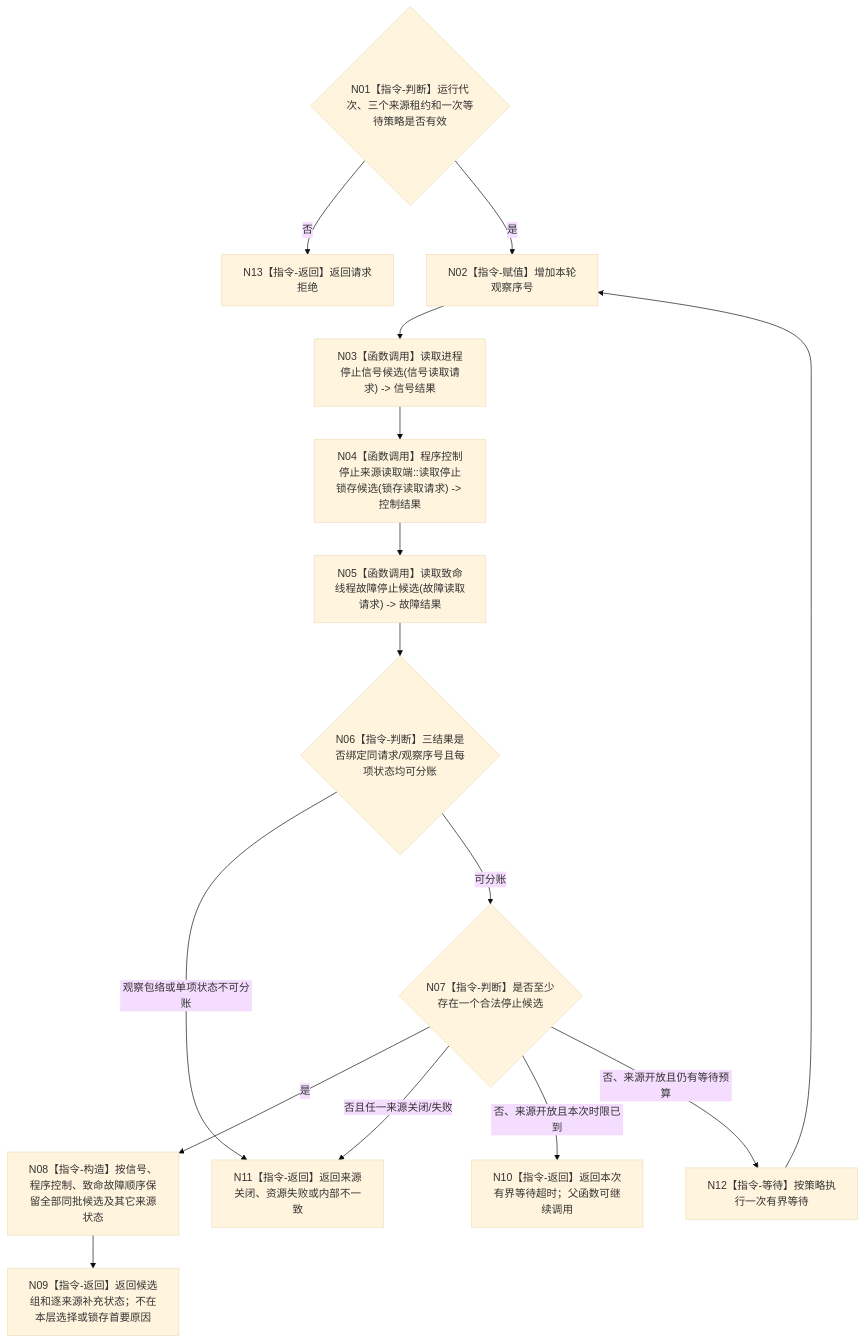
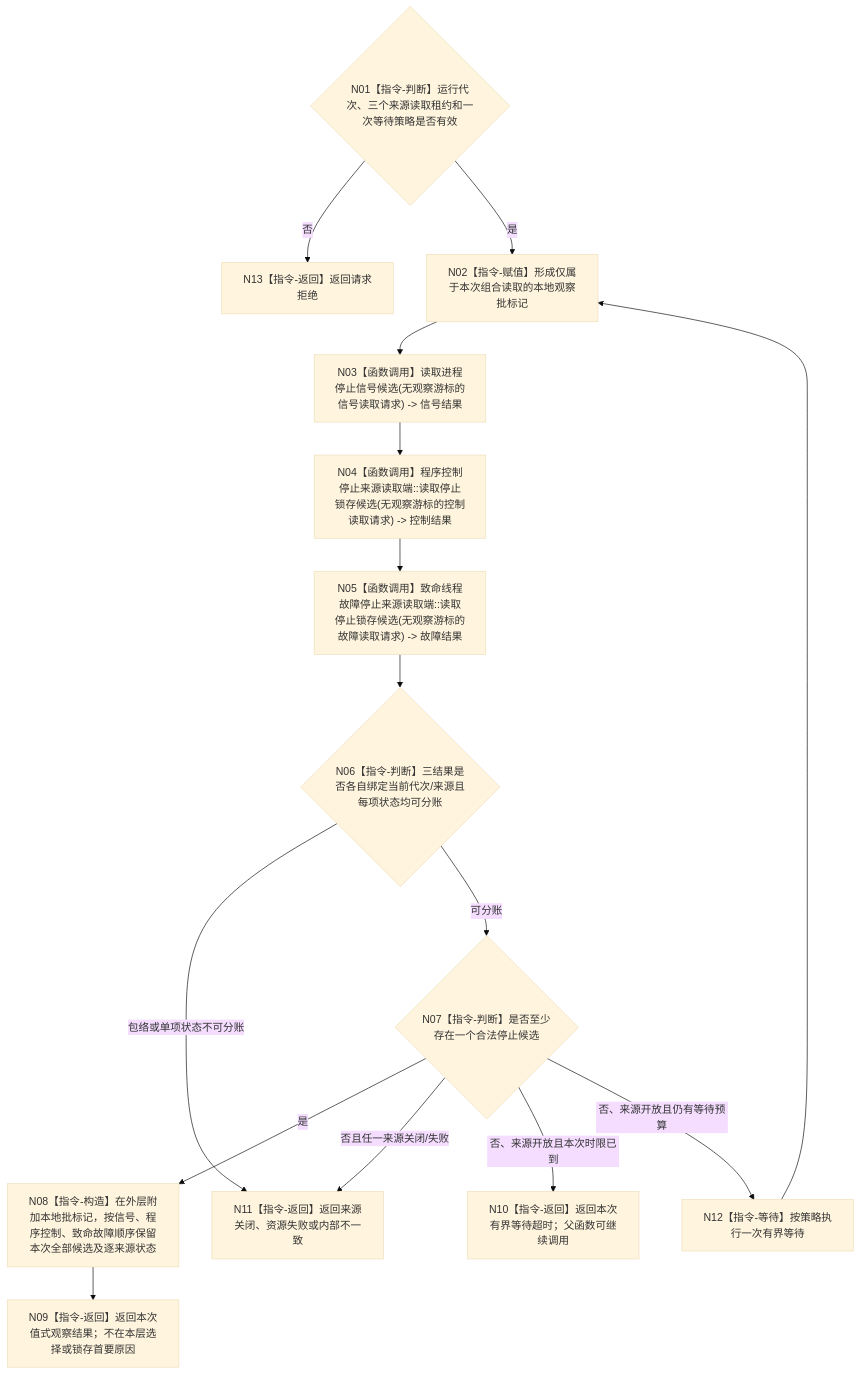
The diagram in 流程图/目标业务流程图/L3/BIZ-L3-001-10-01_等待任一停止来源_目标函数流程图_v0.1.md (chunhaizh-cyber/HY-Ego), drawn with Mermaid (base theme) before and after one commit. The commit also changed other lines of this file and 14 other files, not shown here.

````diff
--- a/流程图/目标业务流程图/L3/BIZ-L3-001-10-01_等待任一停止来源_目标函数流程图_v0.1.md
+++ b/流程图/目标业务流程图/L3/BIZ-L3-001-10-01_等待任一停止来源_目标函数流程图_v0.1.md
@@ -30,25 +32,25 @@
 ```mermaid
 flowchart TD
-    N01{"N01【指令-判断】运行代次、三个来源租约和一次等待策略是否有效"}
-    N02["N02【指令-赋值】增加本轮观察序号"]
-    N03["N03【函数调用】读取进程停止信号候选(信号读取请求) -> 信号结果"]
-    N04["N04【函数调用】程序控制停止来源读取端::读取停止锁存候选(锁存读取请求) -> 控制结果"]
-    N05["N05【函数调用】读取致命线程故障停止候选(故障读取请求) -> 故障结果"]
-    N06{"N06【指令-判断】三结果是否绑定同请求/观察序号且每项状态均可分账"}
+    N01{"N01【指令-判断】运行代次、三个来源读取租约和一次等待策略是否有效"}
+    N02["N02【指令-赋值】形成仅属于本次组合读取的本地观察批标记"]
+    N03["N03【函数调用】读取进程停止信号候选(无观察游标的信号读取请求) -> 信号结果"]
+    N04["N04【函数调用】程序控制停止来源读取端::读取停止锁存候选(无观察游标的控制读取请求) -> 控制结果"]
+    N05["N05【函数调用】致命线程故障停止来源读取端::读取停止锁存候选(无观察游标的故障读取请求) -> 故障结果"]
+    N06{"N06【指令-判断】三结果是否各自绑定当前代次/来源且每项状态均可分账"}
     N07{"N07【指令-判断】是否至少存在一个合法停止候选"}
-    N08["N08【指令-构造】按信号、程序控制、致命故障顺序保留全部同批候选及其它来源状态"]
-    N09["N09【指令-返回】返回候选组和逐来源补充状态；不在本层选择或锁存首要原因"]
+    N08["N08【指令-构造】在外层附加本地批标记，按信号、程序控制、致命故障顺序保留本次全部候选及逐来源状态"]
+    N09["N09【指令-返回】返回本次值式观察结果；不在本层选择或锁存首要原因"]
     N10["N10【指令-返回】返回本次有界等待超时；父函数可继续调用"]
     N11["N11【指令-返回】返回来源关闭、资源失败或内部不一致"]
     N12["N12【指令-等待】按策略执行一次有界等待"]
     N13["N13【指令-返回】返回请求拒绝"]
 
     N01 -->|否| N13
     N01 -->|是| N02 --> N03 --> N04 --> N05 --> N06
-    N06 -->|观察包络或单项状态不可分账| N11
+    N06 -->|包络或单项状态不可分账| N11
     N06 -->|可分账| N07
     N07 -->|是| N08 --> N09
     N07 -->|否且任一来源关闭/失败| N11
     N07 -->|否、来源开放且本次时限已到| N10
     N07 -->|否、来源开放且仍有等待预算| N12 --> N02
 ```
````
